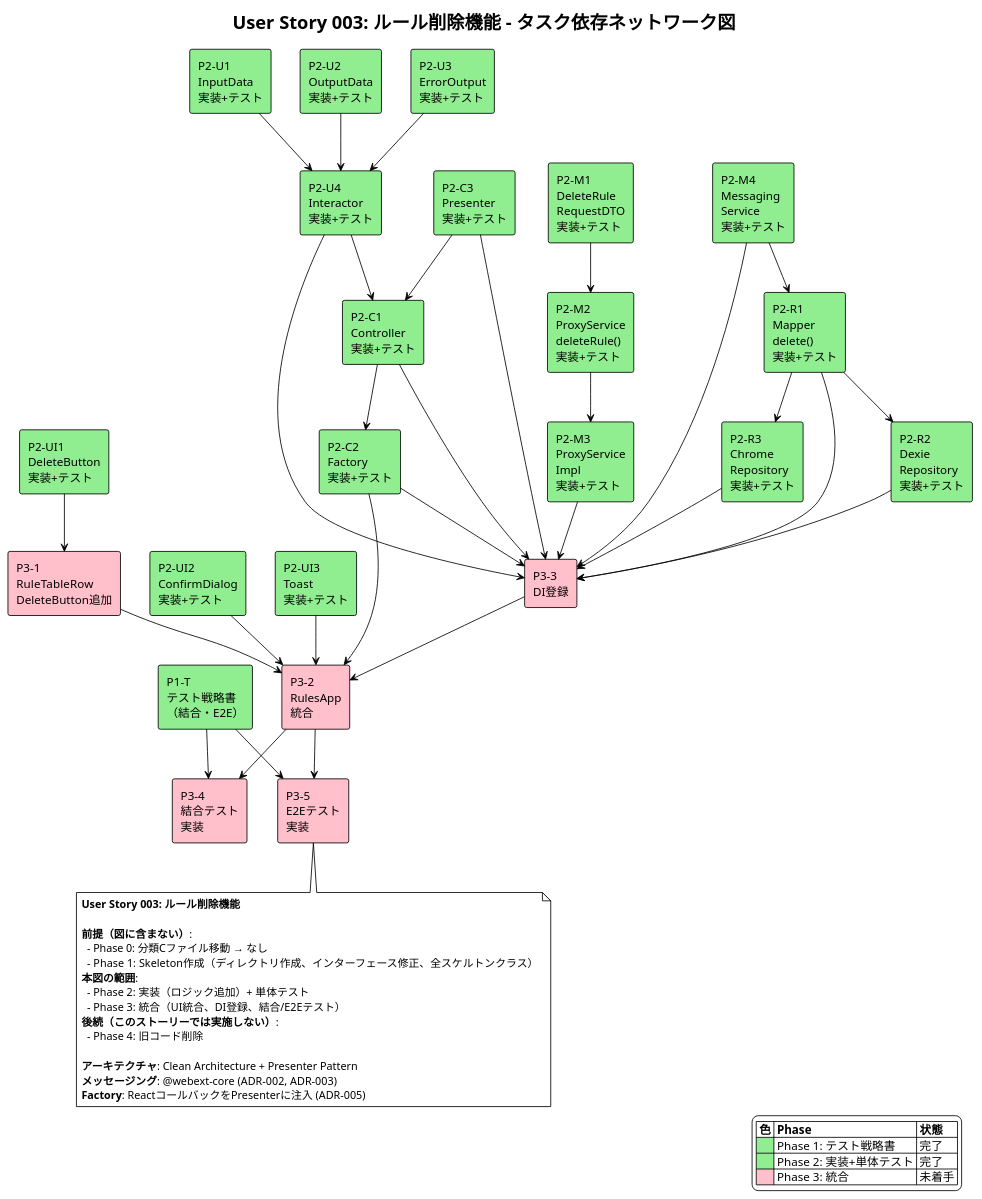
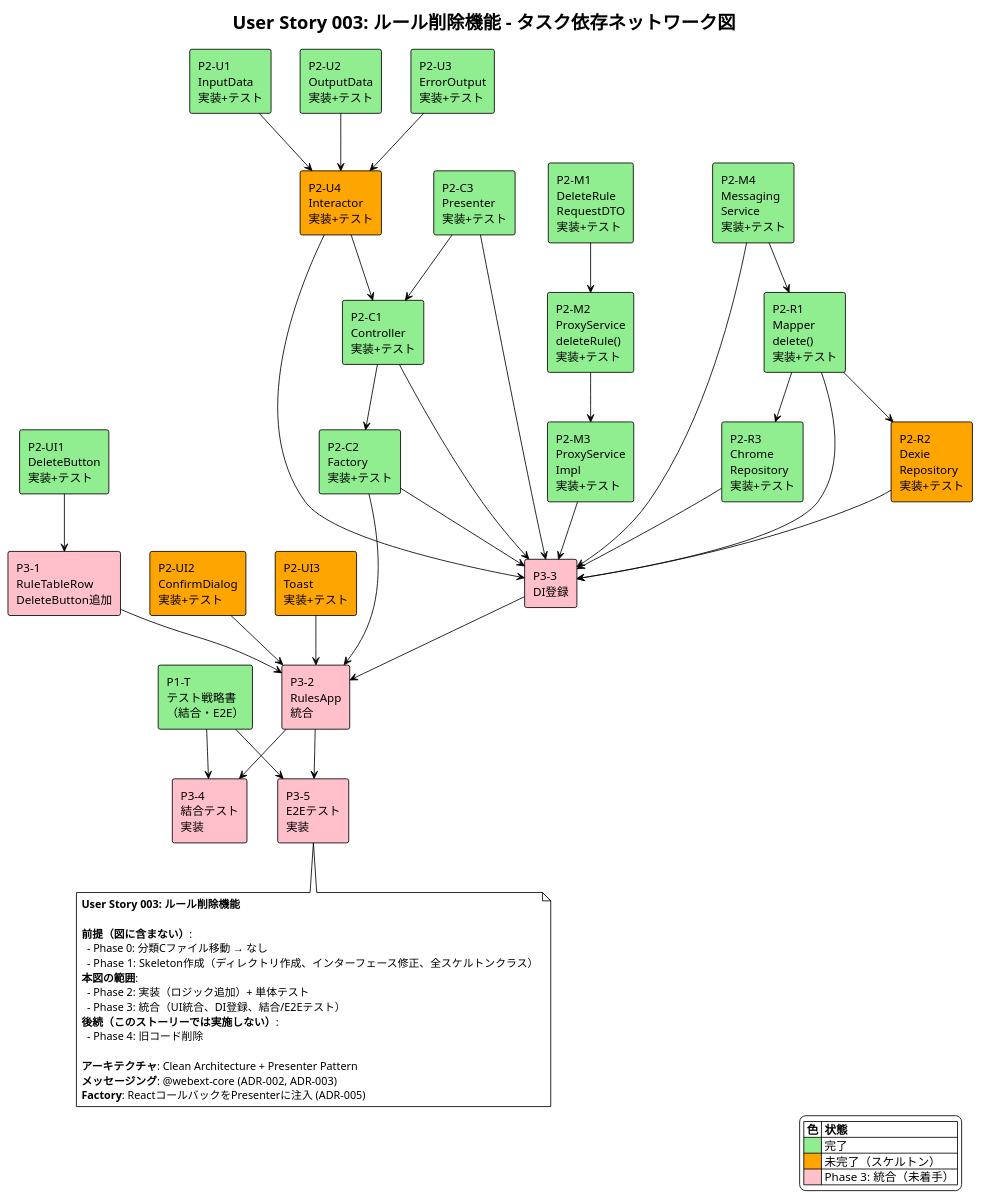
Before and after one commit to akAredminEogre/frog-frame-front: the diagram in docs/user-stories/user-story-003/network-diagram.puml, drawn with PlantUML. The commit also changed 1 other file, not shown here.

```diff
--- a/docs/user-stories/user-story-003/network-diagram.puml
+++ b/docs/user-stories/user-story-003/network-diagram.puml
@@ -1,103 +1,103 @@
 @startuml user-story-003-network-diagram
 !theme plain
 title User Story 003: ルール削除機能 - タスク依存ネットワーク図
 
 ' Phase 1: テスト戦略書
 rectangle "P1-T\nテスト戦略書\n（結合・E2E）" as testStrategy #lightgreen
 
 ' Phase 2: 実装 - メッセージング
 rectangle "P2-M1\nDeleteRule\nRequestDTO\n実装+テスト" as requestDtoImpl #lightgreen
 rectangle "P2-M2\nProxyService\ndeleteRule()\n実装+テスト" as proxyImpl #lightgreen
 rectangle "P2-M3\nProxyService\nImpl\n実装+テスト" as proxyImplImpl #lightgreen
 rectangle "P2-M4\nMessaging\nService\n実装+テスト" as msgImpl #lightgreen
 
 ' Phase 2: 実装 - Mapper/Repository
 rectangle "P2-R1\nMapper\ndelete()\n実装+テスト" as mapperImpl #lightgreen
-rectangle "P2-R2\nDexie\nRepository\n実装+テスト" as dexieImpl #lightgreen
+rectangle "P2-R2\nDexie\nRepository\n実装+テスト" as dexieImpl #orange
 rectangle "P2-R3\nChrome\nRepository\n実装+テスト" as chromeImpl #lightgreen
 
 ' Phase 2: 実装 - UseCase
 rectangle "P2-U1\nInputData\n実装+テスト" as inputImpl #lightgreen
 rectangle "P2-U2\nOutputData\n実装+テスト" as outputImpl #lightgreen
 rectangle "P2-U3\nErrorOutput\n実装+テスト" as errorImpl #lightgreen
-rectangle "P2-U4\nInteractor\n実装+テスト" as interactorImpl #lightgreen
+rectangle "P2-U4\nInteractor\n実装+テスト" as interactorImpl #orange
 
 ' Phase 2: 実装 - Controller/Presenter
 rectangle "P2-C1\nController\n実装+テスト" as controllerImpl #lightgreen
 rectangle "P2-C2\nFactory\n実装+テスト" as factoryImpl #lightgreen
 rectangle "P2-C3\nPresenter\n実装+テスト" as presenterImpl #lightgreen
 
 ' Phase 2: 実装 - UI
 rectangle "P2-UI1\nDeleteButton\n実装+テスト" as deleteBtnImpl #lightgreen
-rectangle "P2-UI2\nConfirmDialog\n実装+テスト" as confirmImpl #lightgreen
-rectangle "P2-UI3\nToast\n実装+テスト" as toastImpl #lightgreen
+rectangle "P2-UI2\nConfirmDialog\n実装+テスト" as confirmImpl #orange
+rectangle "P2-UI3\nToast\n実装+テスト" as toastImpl #orange
 
 ' Phase 3: 統合
 rectangle "P3-1\nRuleTableRow\nDeleteButton追加" as tableRowInteg #pink
 rectangle "P3-2\nRulesApp\n統合" as rulesAppInteg #pink
 rectangle "P3-3\nDI登録" as diReg #pink
 rectangle "P3-4\n結合テスト\n実装" as integrationTest #pink
 rectangle "P3-5\nE2Eテスト\n実装" as e2eTest #pink
 
 ' 依存関係: Phase 2 内部
 requestDtoImpl --> proxyImpl
 proxyImpl --> proxyImplImpl
 msgImpl --> mapperImpl
 mapperImpl --> dexieImpl
 mapperImpl --> chromeImpl
 inputImpl --> interactorImpl
 outputImpl --> interactorImpl
 errorImpl --> interactorImpl
 interactorImpl --> controllerImpl
 presenterImpl --> controllerImpl
 controllerImpl --> factoryImpl
 
 ' 依存関係: Phase 2 → Phase 3
 deleteBtnImpl --> tableRowInteg
 tableRowInteg --> rulesAppInteg
 confirmImpl --> rulesAppInteg
 toastImpl --> rulesAppInteg
 factoryImpl --> rulesAppInteg
 controllerImpl --> diReg
 presenterImpl --> diReg
 factoryImpl --> diReg
 interactorImpl --> diReg
 proxyImplImpl --> diReg
 msgImpl --> diReg
 mapperImpl --> diReg
 dexieImpl --> diReg
 chromeImpl --> diReg
 diReg --> rulesAppInteg
 
 ' 依存関係: テスト
 testStrategy --> integrationTest
 testStrategy --> e2eTest
 rulesAppInteg --> integrationTest
 rulesAppInteg --> e2eTest
 
 ' 凡例
 legend right
-  |= 色 |= Phase |= 状態 |
-  | <#lightgreen> | Phase 1: テスト戦略書 | 完了 |
-  | <#lightgreen> | Phase 2: 実装+単体テスト | 完了 |
-  | <#pink> | Phase 3: 統合 | 未着手 |
+  |= 色 |= 状態 |
+  | <#lightgreen> | 完了 |
+  | <#orange> | 未完了（スケルトン） |
+  | <#pink> | Phase 3: 統合（未着手） |
 endlegend
 
 note bottom
 **User Story 003: ルール削除機能**
 
 **前提（図に含まない）**:
   - Phase 0: 分類Cファイル移動 → なし
   - Phase 1: Skeleton作成（ディレクトリ作成、インターフェース修正、全スケルトンクラス）
 **本図の範囲**:
   - Phase 2: 実装（ロジック追加）+ 単体テスト
   - Phase 3: 統合（UI統合、DI登録、結合/E2Eテスト）
 **後続（このストーリーでは実施しない）**:
   - Phase 4: 旧コード削除
 
 **アーキテクチャ**: Clean Architecture + Presenter Pattern
 **メッセージング**: @webext-core (ADR-002, ADR-003)
 **Factory**: ReactコールバックをPresenterに注入 (ADR-005)
 end note
 
 @enduml
```
